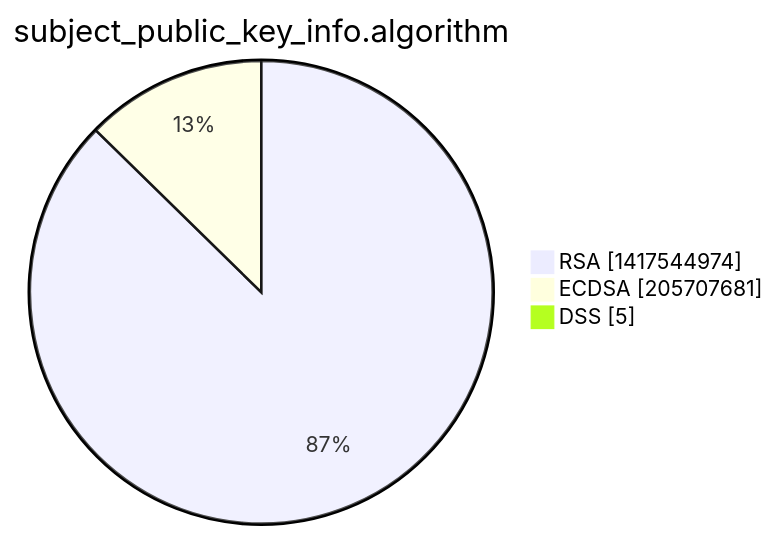
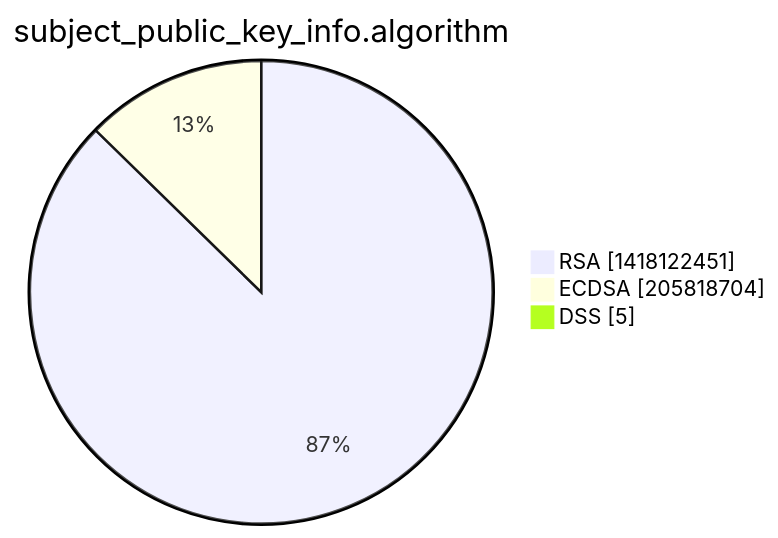
One commit to christiankrug/ctmonitor_visualization changed the third of 15 diagrams in xenon2022/README.md. Above: the diagram before and after it, drawn with Mermaid. The commit also changed other lines of this file, not shown here.

````diff
--- a/xenon2022/README.md
+++ b/xenon2022/README.md
@@ -14,7 +14,7 @@
 ```mermaid
 pie showData
 title subject_public_key_info.algorithm
-"RSA" :1417544974
-"ECDSA" :205707681
+"RSA" :1418122451
+"ECDSA" :205818704
 "DSS" :5
 ```
````
